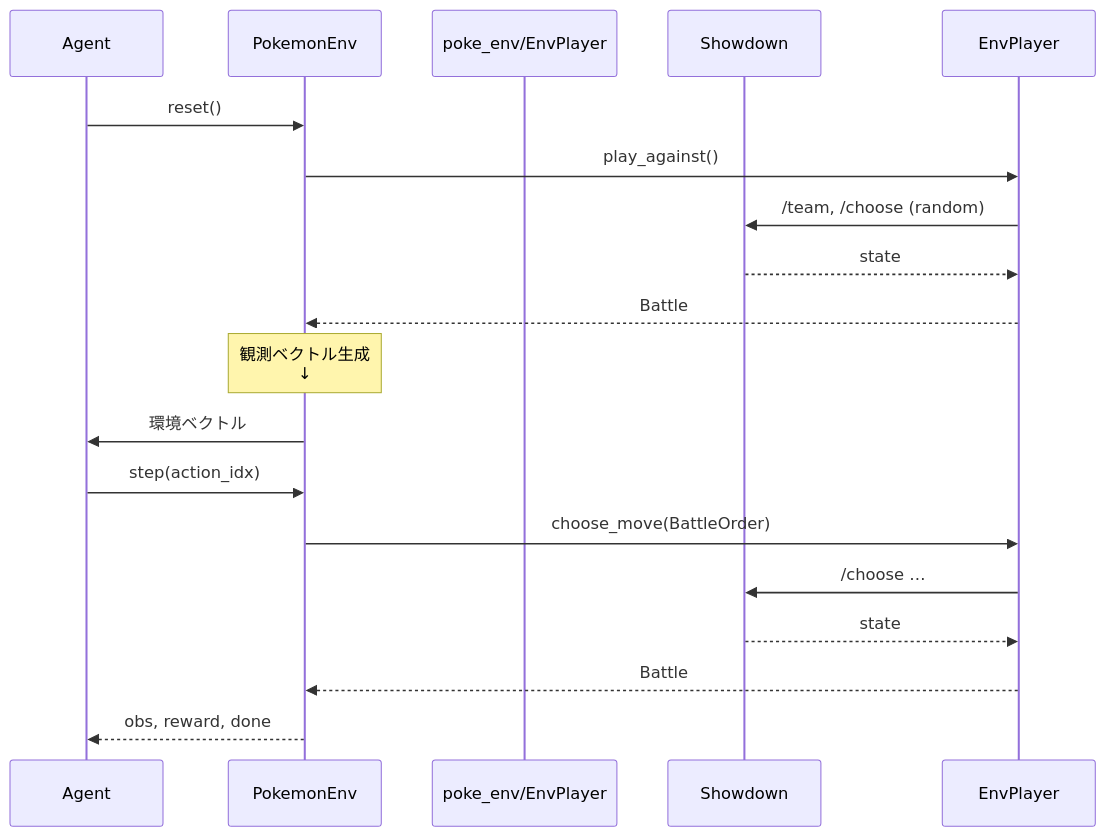
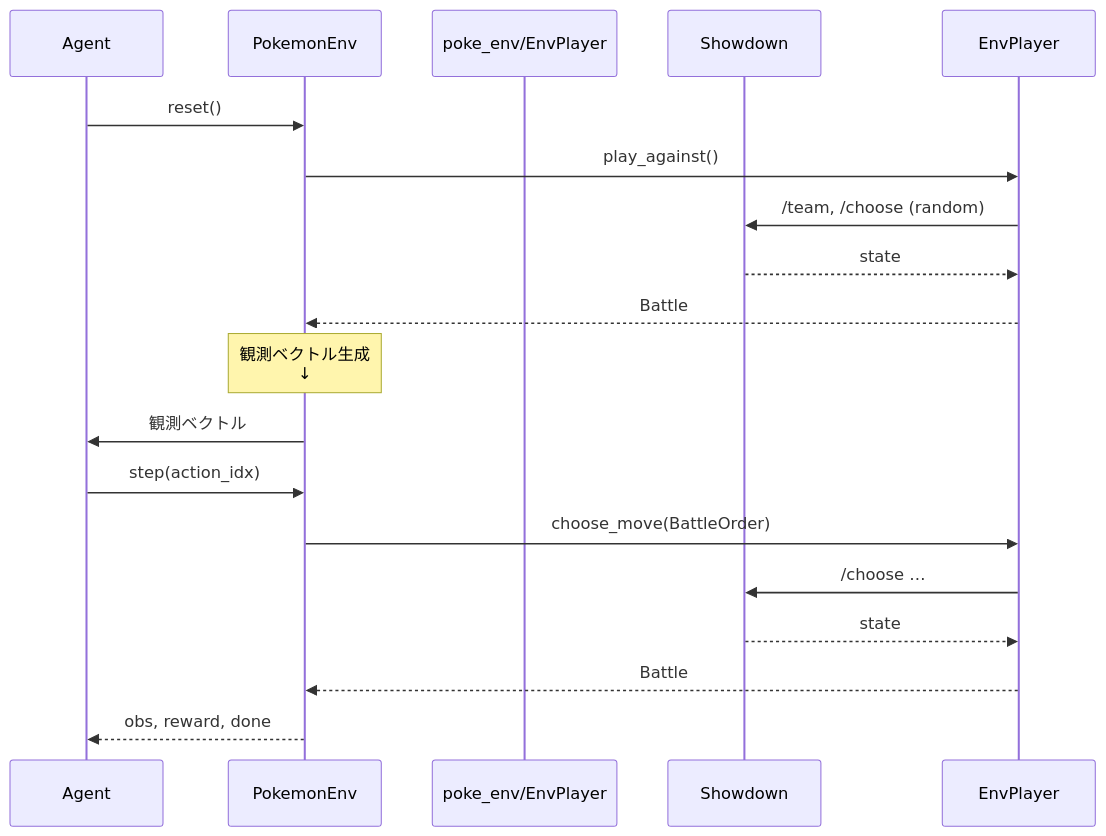
One commit to TKG1005/Maple changed the diagram in docs/AI-design/PokemonEnv_Specification.md. Above: the diagram before and after it, drawn with Mermaid.

````diff
--- a/docs/AI-design/PokemonEnv_Specification.md
+++ b/docs/AI-design/PokemonEnv_Specification.md
@@ -78,20 +78,20 @@
 ```mermaid
 sequenceDiagram
     participant Agent
     participant PokemonEnv
     participant poke_env/EnvPlayer
     participant Showdown
     Agent->>PokemonEnv: reset()
     PokemonEnv->>EnvPlayer: play_against()
     EnvPlayer->>Showdown: /team, /choose (random)
     Showdown-->>EnvPlayer: state
     EnvPlayer-->>PokemonEnv: Battle
     note over PokemonEnv: 観測ベクトル生成<br/>↓
-    PokemonEnv->>Agent: 環境ベクトル
+    PokemonEnv->>Agent: 観測ベクトル
     Agent->>PokemonEnv: step(action_idx)
     PokemonEnv->>EnvPlayer: choose_move(BattleOrder)
     EnvPlayer->>Showdown: /choose …
     Showdown-->>EnvPlayer: state
     EnvPlayer-->>PokemonEnv: Battle
     PokemonEnv-->>Agent: obs, reward, done
 ```
````
